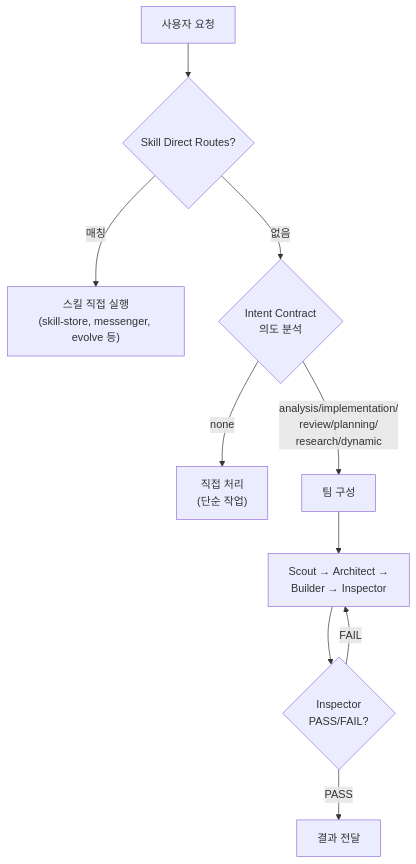
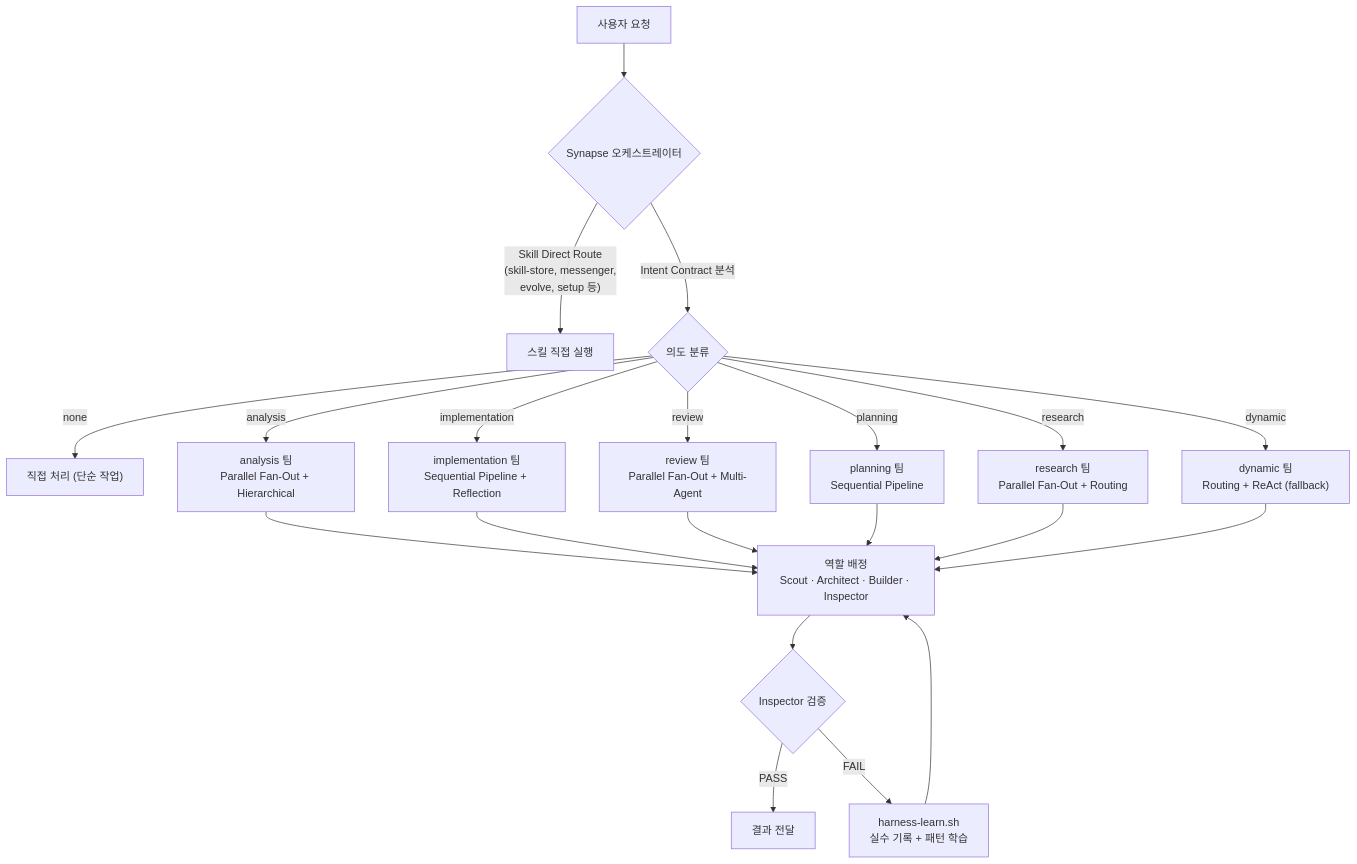
The first of 4 diagrams in docs/FLOWS.md (Jimmy-Jung/ai-symbiote), drawn with Mermaid before and after one commit. The commit also changed other lines of this file and 5 other files, not shown here.

````diff
--- a/docs/FLOWS.md
+++ b/docs/FLOWS.md
@@ -8,12 +8,18 @@
 ```mermaid
 flowchart TD
-    A["사용자 요청"] --> B{"Skill Direct Routes?"}
-    B -->|"매칭"| C["스킬 직접 실행<br/>(skill-store, messenger, evolve 등)"]
-    B -->|"없음"| D{"Intent Contract<br/>의도 분석"}
-    D -->|"none"| E["직접 처리<br/>(단순 작업)"]
-    D -->|"analysis/implementation/<br/>review/planning/<br/>research/dynamic"| F["팀 구성"]
-    F --> G["Scout → Architect →<br/>Builder → Inspector"]
-    G --> H{"Inspector<br/>PASS/FAIL?"}
+    A["사용자 요청"] --> B{"Synapse 오케스트레이터"}
+    B -->|"Skill Direct Route<br/>(skill-store, messenger,<br/>evolve, setup 등)"| C["스킬 직접 실행"]
+    B -->|"Intent Contract 분석"| D{"의도 분류"}
+    D -->|"none"| E["직접 처리 (단순 작업)"]
+    D -->|"analysis"| F1["analysis 팀<br/>Parallel Fan-Out + Hierarchical"]
+    D -->|"implementation"| F2["implementation 팀<br/>Sequential Pipeline + Reflection"]
+    D -->|"review"| F3["review 팀<br/>Parallel Fan-Out + Multi-Agent"]
+    D -->|"planning"| F4["planning 팀<br/>Sequential Pipeline"]
+    D -->|"research"| F5["research 팀<br/>Parallel Fan-Out + Routing"]
+    D -->|"dynamic"| F6["dynamic 팀<br/>Routing + ReAct (fallback)"]
+    F1 & F2 & F3 & F4 & F5 & F6 --> G["역할 배정<br/>Scout · Architect · Builder · Inspector"]
+    G --> H{"Inspector 검증"}
     H -->|"PASS"| I["결과 전달"]
-    H -->|"FAIL"| G
+    H -->|"FAIL"| J["harness-learn.sh<br/>실수 기록 + 패턴 학습"]
+    J --> G
 ```
````
